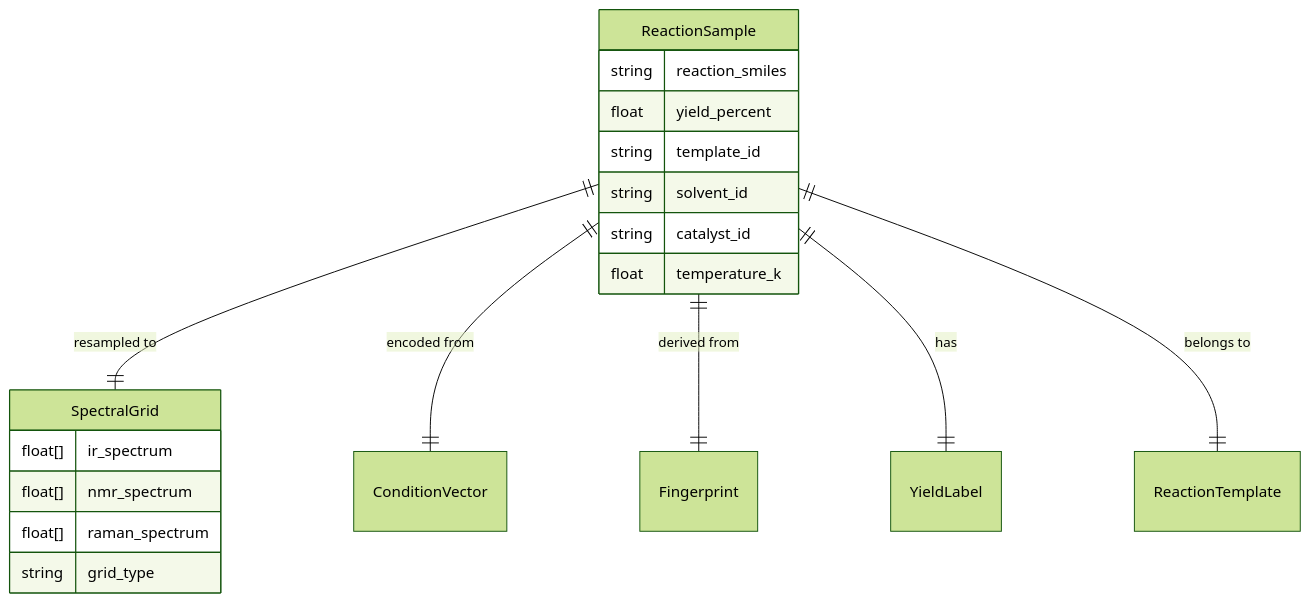
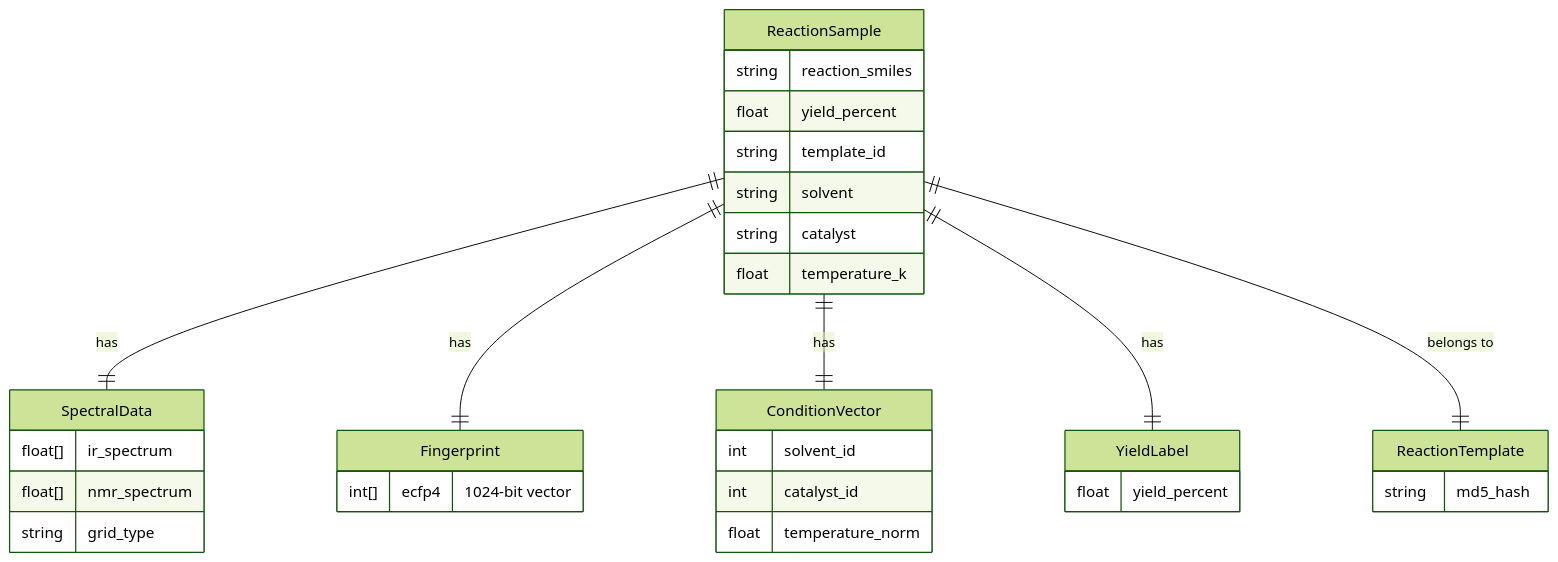
Before and after one commit to ContextLab/llmXive: the diagram in projects/PROJ-165-predicting-chemical-reaction-yields-from/specs/001-predicting-chemical-reaction-yields-from/data-model.md, drawn with Mermaid (forest theme). The commit also changed other lines of this file and 21 other files, not shown here.

````diff
--- a/projects/PROJ-165-predicting-chemical-reaction-yields-from/specs/001-predicting-chemical-reaction-yields-from/data-model.md
+++ b/projects/PROJ-165-predicting-chemical-reaction-yields-from/specs/001-predicting-chemical-reaction-yields-from/data-model.md
@@ -5,24 +4,41 @@
 ```mermaid
 erDiagram
-    ReactionSample ||--|| SpectralGrid : "resampled to"
-    ReactionSample ||--|| ConditionVector : "encoded from"
-    ReactionSample ||--|| Fingerprint : "derived from"
+    ReactionSample ||--|| SpectralData : "has"
+    ReactionSample ||--|| Fingerprint : "has"
+    ReactionSample ||--|| ConditionVector : "has"
     ReactionSample ||--|| YieldLabel : "has"
     ReactionSample ||--|| ReactionTemplate : "belongs to"
     
     ReactionSample {
         string reaction_smiles
         float yield_percent
         string template_id
-        string solvent_id
-        string catalyst_id
+        string solvent
+        string catalyst
         float temperature_k
     }
     
-    SpectralGrid {
+    SpectralData {
         float[] ir_spectrum
         float[] nmr_spectrum
-        float[] raman_spectrum
         string grid_type
     }
+    
+    Fingerprint {
+        int[] ecfp4   "1024‑bit vector"
+    }
+    
+    ConditionVector {
+        int solvent_id
+        int catalyst_id
+        float temperature_norm
+    }
+    
+    YieldLabel {
+        float yield_percent
+    }
+    
+    ReactionTemplate {
+        string md5_hash
+    }
 ```
````
